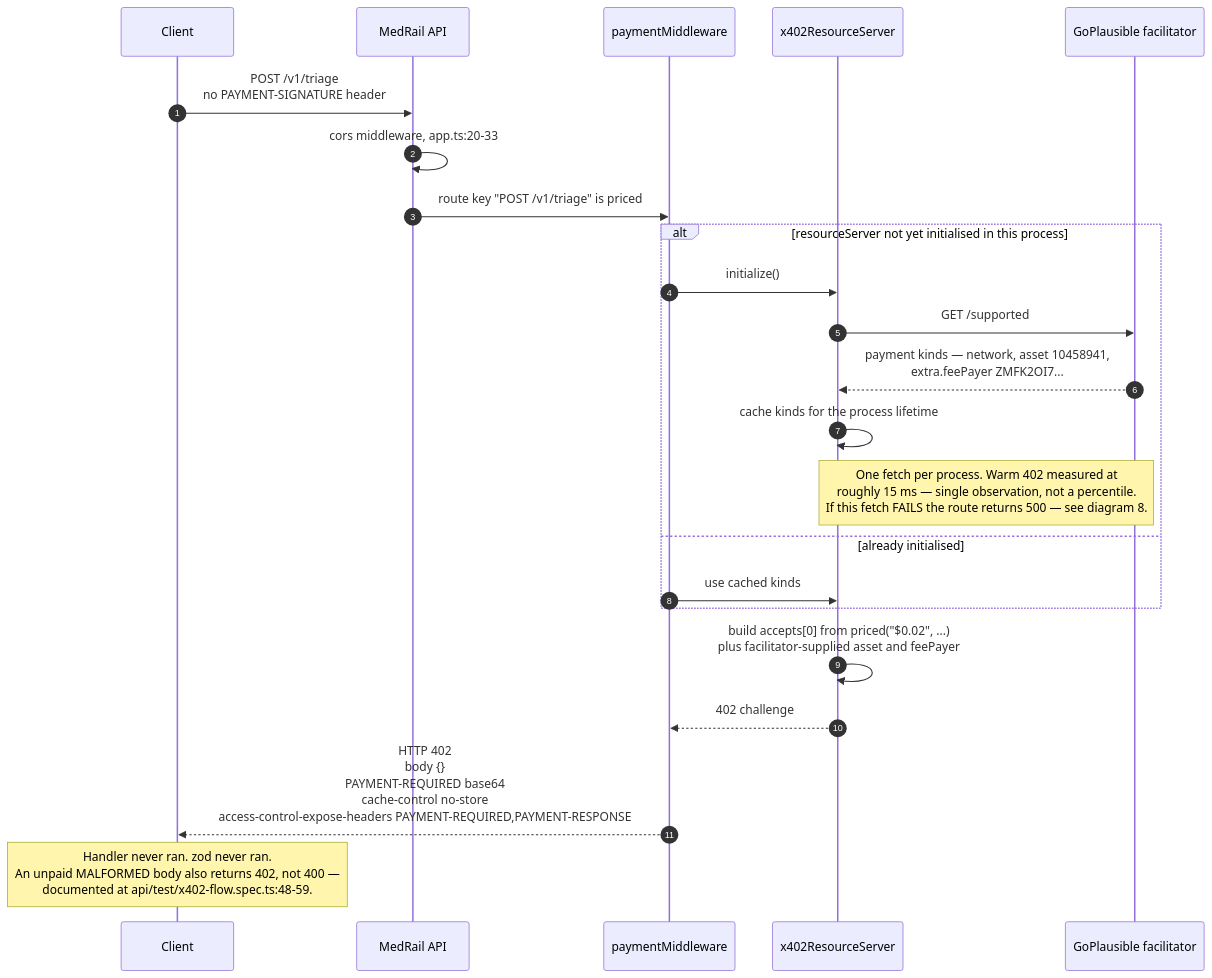
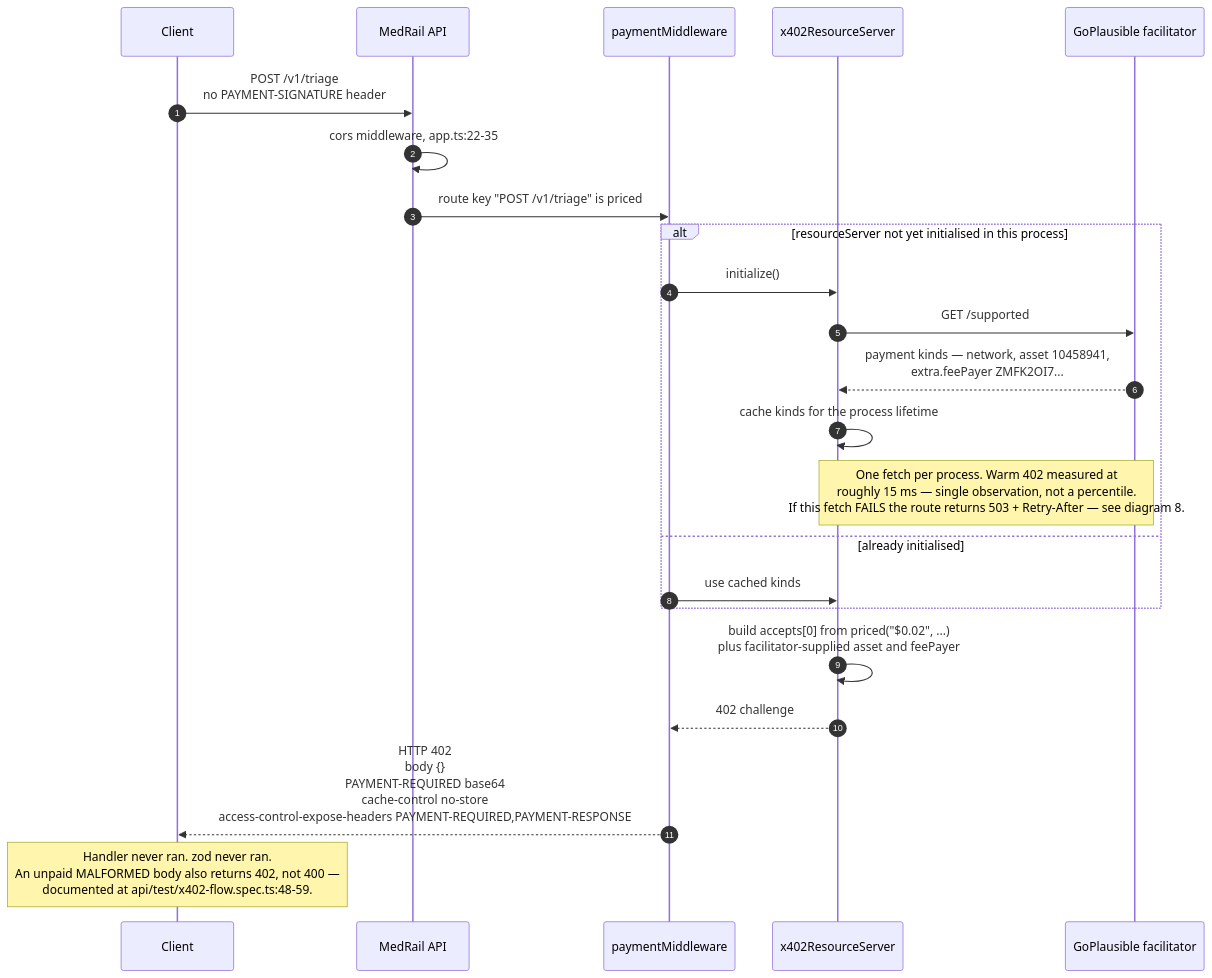
One commit to Hydra-Of-Malice/Medrail changed the first of 9 diagrams in docs/03_Architecture/Sequence_Diagrams.md. Above: the diagram before and after it, drawn with Mermaid. The commit also changed other lines of this file and 77 other files, not shown here.

````diff
--- a/docs/03_Architecture/Sequence_Diagrams.md
+++ b/docs/03_Architecture/Sequence_Diagrams.md
@@ -36,28 +30,28 @@
 ```mermaid
 sequenceDiagram
     autonumber
     participant Client
     participant API as MedRail API
     participant Pay as paymentMiddleware
     participant RS as x402ResourceServer
     participant Fac as GoPlausible facilitator
 
     Client->>API: POST /v1/triage<br/>no PAYMENT-SIGNATURE header
-    API->>API: cors middleware, app.ts:20-33
+    API->>API: cors middleware, app.ts:22-35
     API->>Pay: route key "POST /v1/triage" is priced
 
     alt resourceServer not yet initialised in this process
         Pay->>RS: initialize()
         RS->>Fac: GET /supported
         Fac-->>RS: payment kinds — network, asset 10458941,<br/>extra.feePayer ZMFK2OI7...
         RS->>RS: cache kinds for the process lifetime
-        Note over RS,Fac: One fetch per process. Warm 402 measured at<br/>roughly 15 ms — single observation, not a percentile.<br/>If this fetch FAILS the route returns 500 — see diagram 8.
+        Note over RS,Fac: One fetch per process. Warm 402 measured at<br/>roughly 15 ms — single observation, not a percentile.<br/>If this fetch FAILS the route returns 503 + Retry-After — see diagram 8.
     else already initialised
         Pay->>RS: use cached kinds
     end
 
     RS->>RS: build accepts[0] from priced("$0.02", ...)<br/>plus facilitator-supplied asset and feePayer
     RS-->>Pay: 402 challenge
     Pay-->>Client: HTTP 402<br/>body {}<br/>PAYMENT-REQUIRED base64<br/>cache-control no-store<br/>access-control-expose-headers PAYMENT-REQUIRED,PAYMENT-RESPONSE
     Note over Client: Handler never ran. zod never ran.<br/>An unpaid MALFORMED body also returns 402, not 400 —<br/>documented at api/test/x402-flow.spec.ts:48-59.
 ```
````
